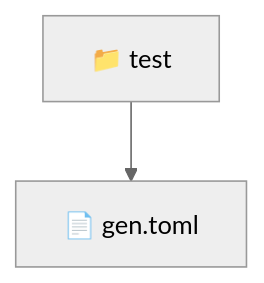
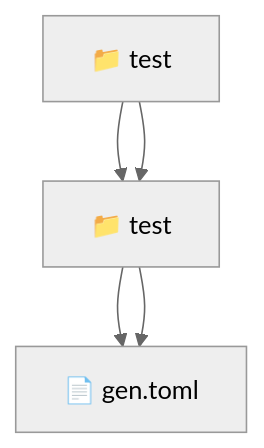
The diagram in .gemini/commands/test/README.md (beginwebdev2002/fullstack-mavluda), drawn with Mermaid (neutral theme) before and after one commit. The commit also changed 167 other files, not shown here.

````diff
--- a/.gemini/commands/test/README.md
+++ b/.gemini/commands/test/README.md
@@ -9,5 +9,8 @@
 ```mermaid
 graph TD
+  Root_test["📁 test"]
   test["📁 test"]
+  Root_test --> test
   test --> gen_toml["📄 gen.toml"]
+  Root_test --> test --> gen_toml
 ```
````
